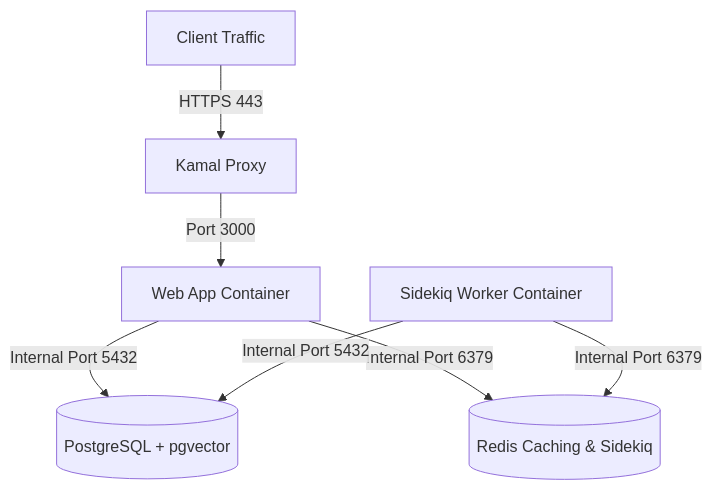
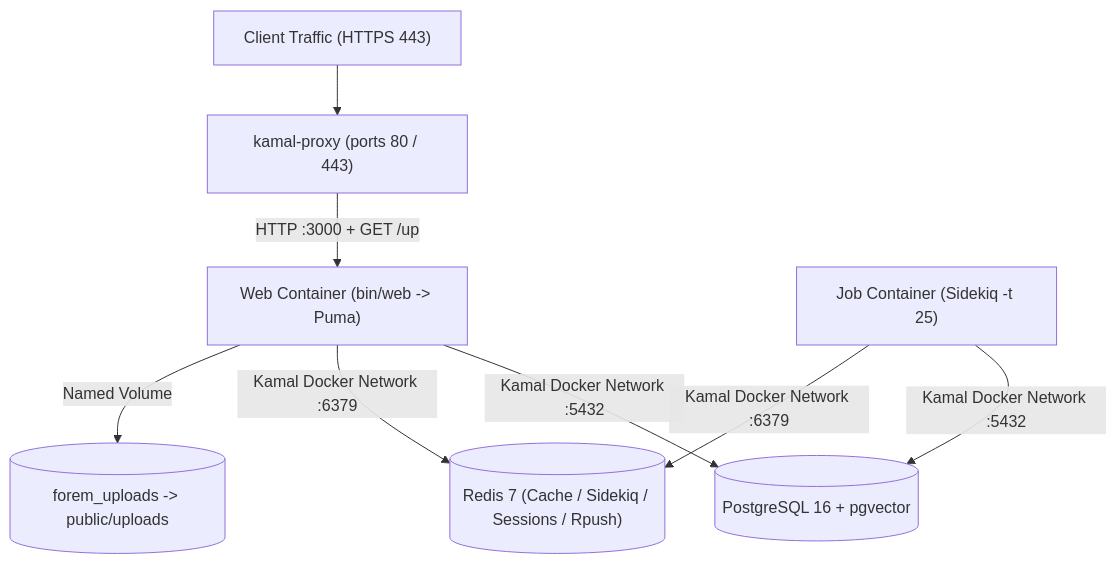
The diagram in docs/kamal-deployment.md (forem/forem), drawn with Mermaid before and after one commit. The commit also changed other lines of this file and 30 other files, not shown here.

````diff
--- a/docs/kamal-deployment.md
+++ b/docs/kamal-deployment.md
@@ -11,9 +67,10 @@
 ```mermaid
 flowchart TD
-    Client[Client Traffic] -->|HTTPS 443| KP[Kamal Proxy]
-    KP -->|Port 3000| Web[Web App Container]
-    Web -->|Internal Port 5432| DB[(PostgreSQL + pgvector)]
-    Web -->|Internal Port 6379| Redis[(Redis Caching & Sidekiq)]
-    Sidekiq[Sidekiq Worker Container] -->|Internal Port 5432| DB
-    Sidekiq -->|Internal Port 6379| Redis
+    Client["Client Traffic (HTTPS 443)"] --> KP["kamal-proxy (ports 80 / 443)"]
+    KP -->|"HTTP :3000 + GET /up"| Web["Web Container (bin/web -> Puma)"]
+    Web -->|Kamal Docker Network :5432| DB[("PostgreSQL 16 + pgvector")]
+    Web -->|Kamal Docker Network :6379| Redis[("Redis 7 (Cache / Sidekiq / Sessions / Rpush)")]
+    Web -->|Named Volume| Uploads[("forem_uploads -> public/uploads")]
+    Sidekiq["Job Container (Sidekiq -t 25)"] -->|Kamal Docker Network :5432| DB
+    Sidekiq -->|Kamal Docker Network :6379| Redis
 ```
````
